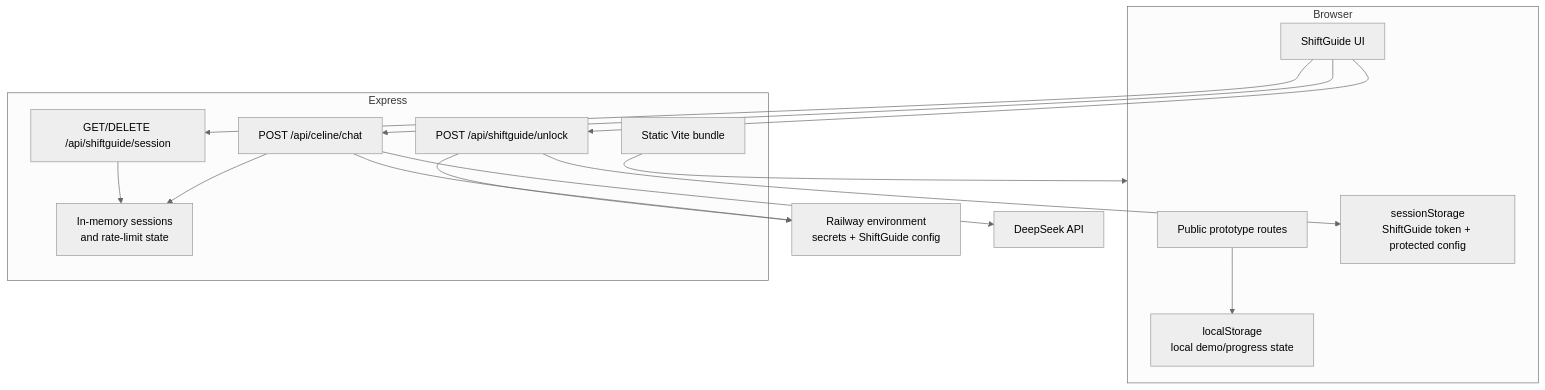
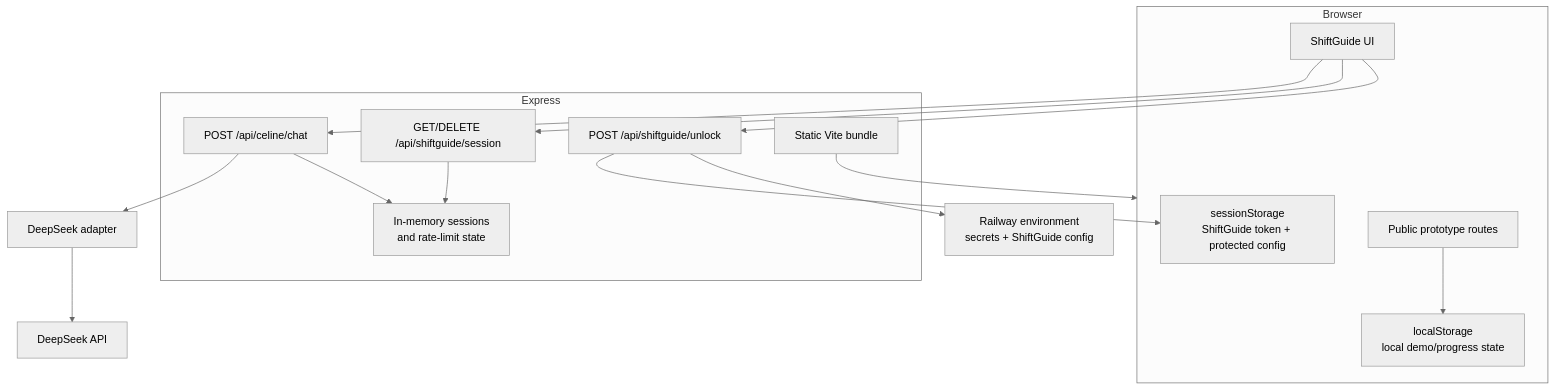
The diagram in docs/architecture.md (AmineAKIK/protocap), drawn with Mermaid (neutral theme) before and after one commit. The commit also changed other lines of this file and 12 other files, not shown here.

````diff
--- a/docs/architecture.md
+++ b/docs/architecture.md
@@ -9,32 +9,33 @@
 ```mermaid
 flowchart TB
   subgraph Browser
     Public[Public prototype routes]
     ShiftUI[ShiftGuide UI]
     SessionStore[sessionStorage\nShiftGuide token + protected config]
     LocalStore[localStorage\nlocal demo/progress state]
   end
 
   subgraph Express
     Unlock[POST /api/shiftguide/unlock]
     Session[GET/DELETE /api/shiftguide/session]
     Chat[POST /api/celine/chat]
     Memory[In-memory sessions\nand rate-limit state]
     Static[Static Vite bundle]
   end
 
   Env[Railway environment\nsecrets + ShiftGuide config]
+  ProviderAdapter[DeepSeek adapter]
   Provider[DeepSeek API]
 
   Public --> LocalStore
   ShiftUI --> Unlock
   Unlock --> Env
   Unlock --> SessionStore
   ShiftUI --> Session
   ShiftUI --> Chat
   Session --> Memory
   Chat --> Memory
-  Chat --> Env
-  Chat --> Provider
+  Chat --> ProviderAdapter
+  ProviderAdapter --> Provider
   Static --> Browser
 ```
````
